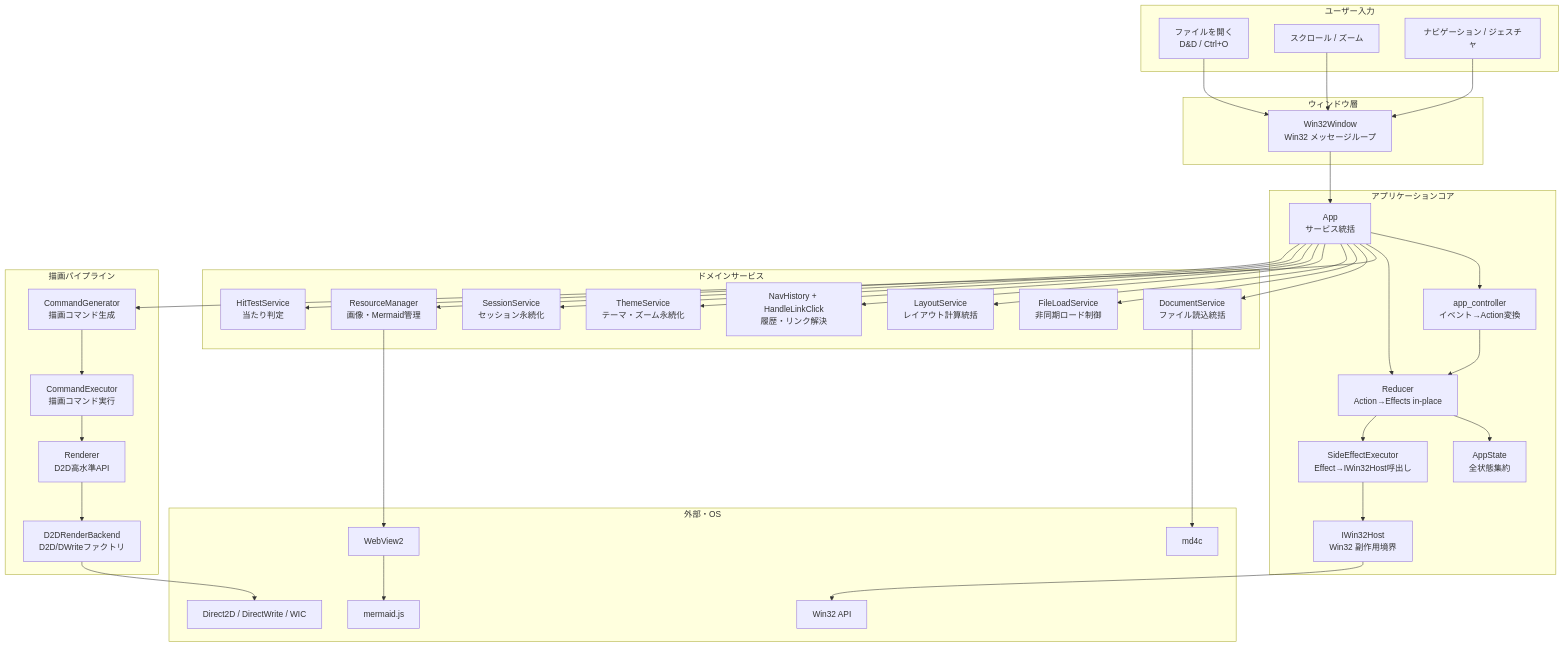
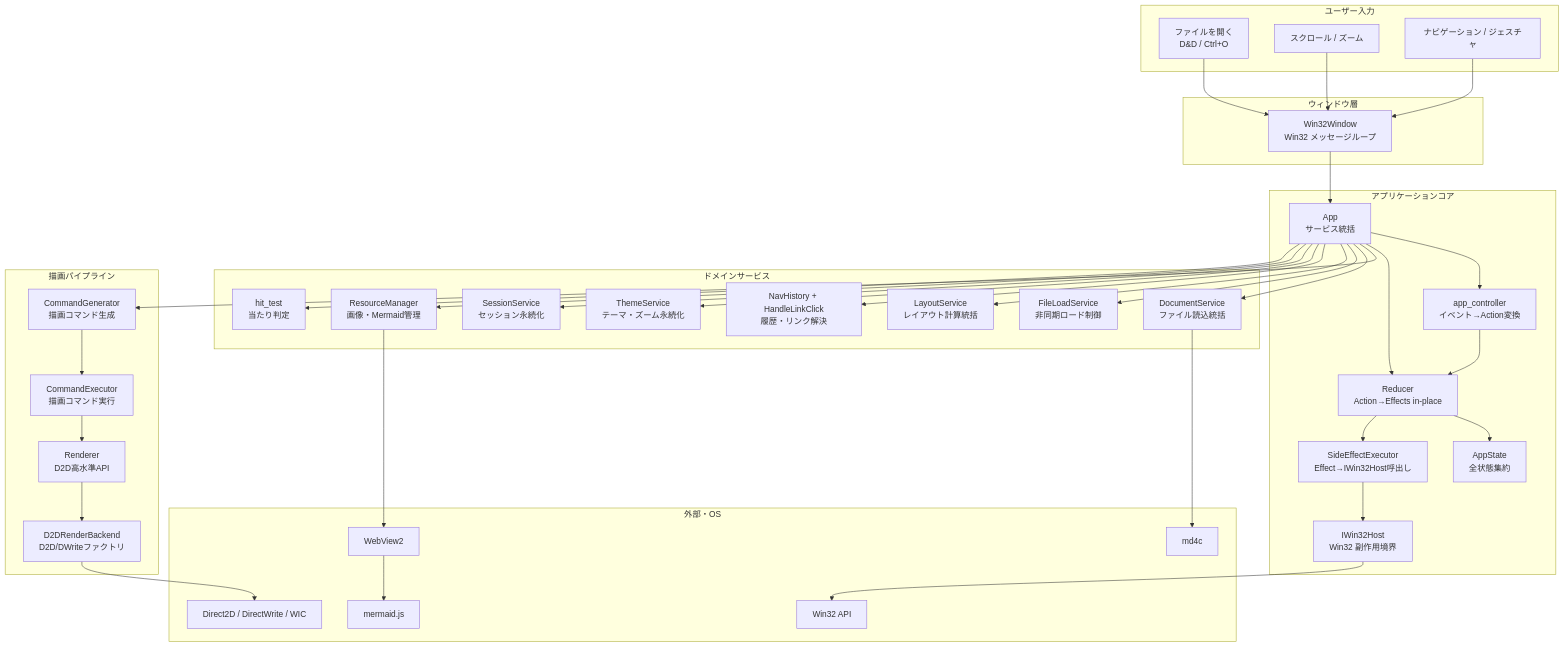
The first of 27 diagrams in example/test.md (tanaton/mendo), drawn with Mermaid before and after one commit. The commit also changed other lines of this file and 134 other files, not shown here.

````diff
--- a/example/test.md
+++ b/example/test.md
@@ -36,66 +36,66 @@
 ```mermaid
 graph TB
     subgraph ユーザー入力
         A[ファイルを開く<br>D&D / Ctrl+O]
         B[スクロール / ズーム]
         C[ナビゲーション / ジェスチャ]
     end
 
     subgraph ウィンドウ層
         W[Win32Window<br>Win32 メッセージループ]
     end
 
     subgraph アプリケーションコア
         APP[App<br>サービス統括]
         AS[AppState<br>全状態集約]
         RD[Reducer<br>Action→Effects in-place]
         SEE[SideEffectExecutor<br>Effect→IWin32Host呼出し]
         AC[app_controller<br>イベント→Action変換]
         WH[IWin32Host<br>Win32 副作用境界]
     end
 
     subgraph ドメインサービス
         DS[DocumentService<br>ファイル読込統括]
         FLS[FileLoadService<br>非同期ロード制御]
         LS[LayoutService<br>レイアウト計算統括]
         NH[NavHistory + HandleLinkClick<br>履歴・リンク解決]
         TS[ThemeService<br>テーマ・ズーム永続化]
         SS_SVC[SessionService<br>セッション永続化]
         RM[ResourceManager<br>画像・Mermaid管理]
-        HT[HitTestService<br>当たり判定]
+        HT[hit_test<br>当たり判定]
     end
 
     subgraph 描画パイプライン
         CG[CommandGenerator<br>描画コマンド生成]
         CE[CommandExecutor<br>描画コマンド実行]
         REN[Renderer<br>D2D高水準API]
         RB[D2DRenderBackend<br>D2D/DWriteファクトリ]
     end
 
     subgraph "外部・OS"
         MD[md4c]
         WV[WebView2]
         MJ[mermaid.js]
         D2D_OS[Direct2D / DirectWrite / WIC]
         OS[Win32 API]
     end
 
     A & B & C --> W
     W --> APP
     APP --> AC
     AC --> RD
     APP --> RD
     RD --> AS
     RD --> SEE
     SEE --> WH
     WH --> OS
     APP --> CG
     CG --> CE
     CE --> REN
     REN --> RB
     RB --> D2D_OS
     APP --> DS & FLS & LS & NH & TS & SS_SVC & RM & HT
     DS --> MD
     RM --> WV
     WV --> MJ
 ```
````
